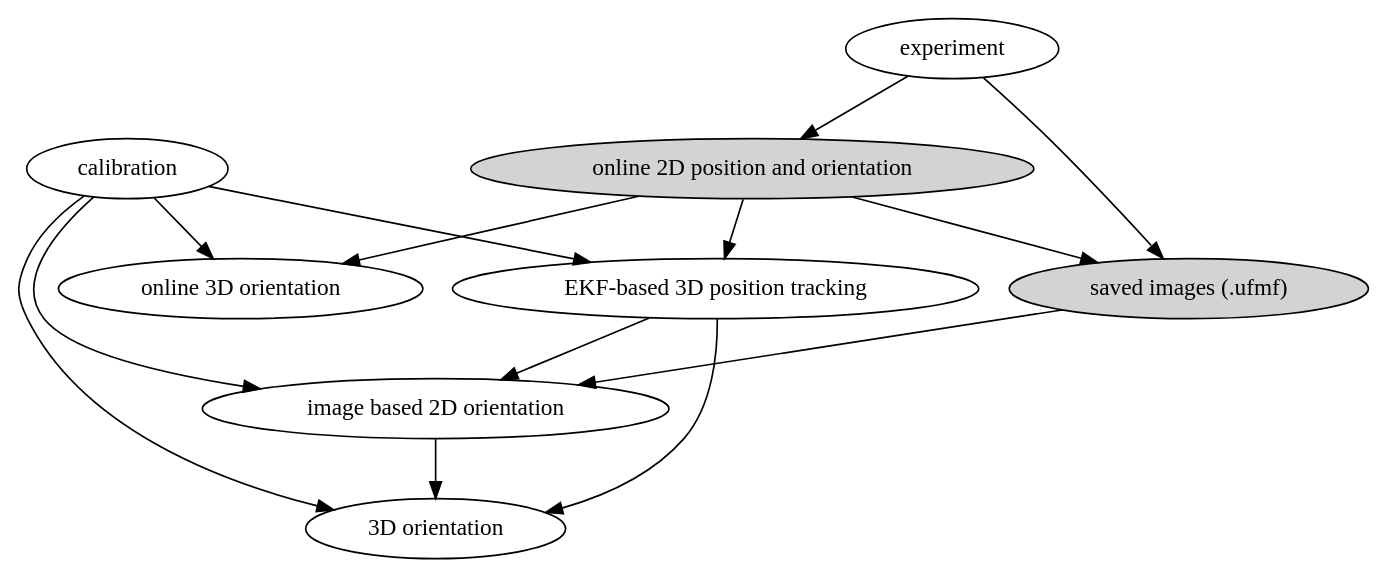
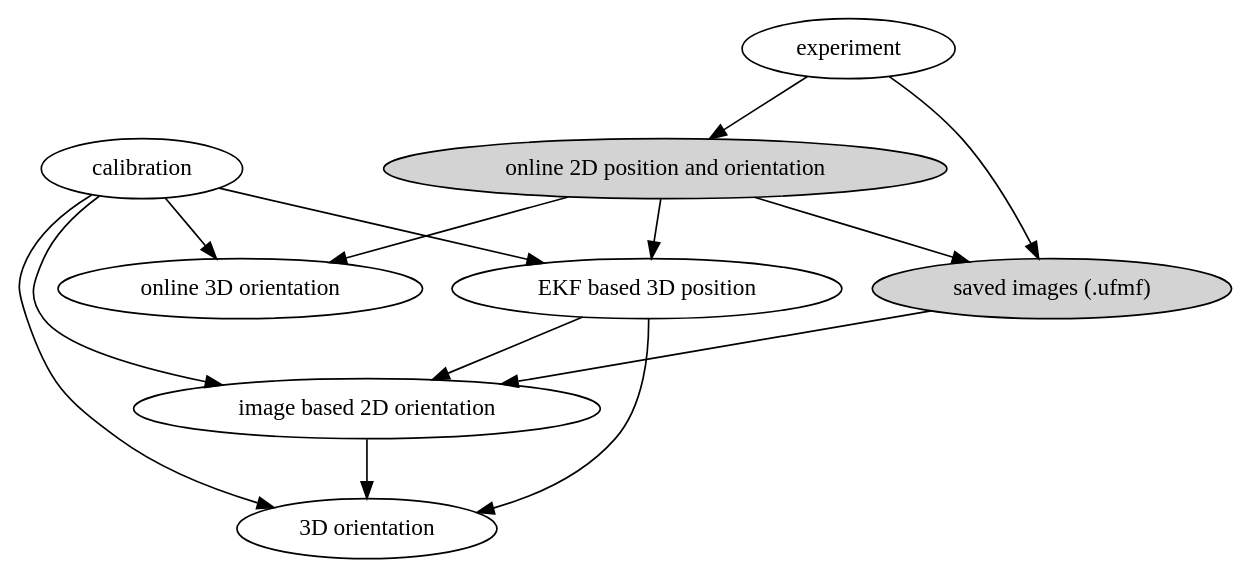
Before and after one commit to strawlab/flydra: the diagram in flydra-sphinx-docs/orientation_data.rst, drawn with Graphviz. The commit also changed other lines of this file and 1 other file, not shown here.

```diff
--- a/flydra-sphinx-docs/orientation_data.rst
+++ b/flydra-sphinx-docs/orientation_data.rst
@@ -4,25 +4,25 @@
 .. graphviz::
   strict digraph {
     animals -> onlinePosOri2D;
     animals -> ufmfs;
     onlinePosOri2D -> ufmfs -> imageOri2D -> Ori3D;
     onlinePosOri2D -> ekfPos3D;
     calib -> onlineOri3D;
     calib -> Ori3D;
     calib -> ekfPos3D;
     calib -> imageOri2D;
     ekfPos3D -> Ori3D;
     ekfPos3D -> Ori3D;
     ekfPos3D -> imageOri2D;
     onlinePosOri2D -> onlineOri3D;
 
     animals [label="experiment"];
     //    onlinePos2D [label="online 2D position estimation"];
     ufmfs [label="saved images (.ufmf)",style=filled];
     imageOri2D [label="image based 2D orientation"];
     Ori3D [label="3D orientation"];
     calib [label="calibration"];
-    ekfPos3D [label="EKF-based 3D position tracking"];
+    ekfPos3D [label="EKF based 3D position"];
     onlineOri3D [label="online 3D orientation"];
     onlinePosOri2D [label="online 2D position and orientation",style=filled];
   } 
```
